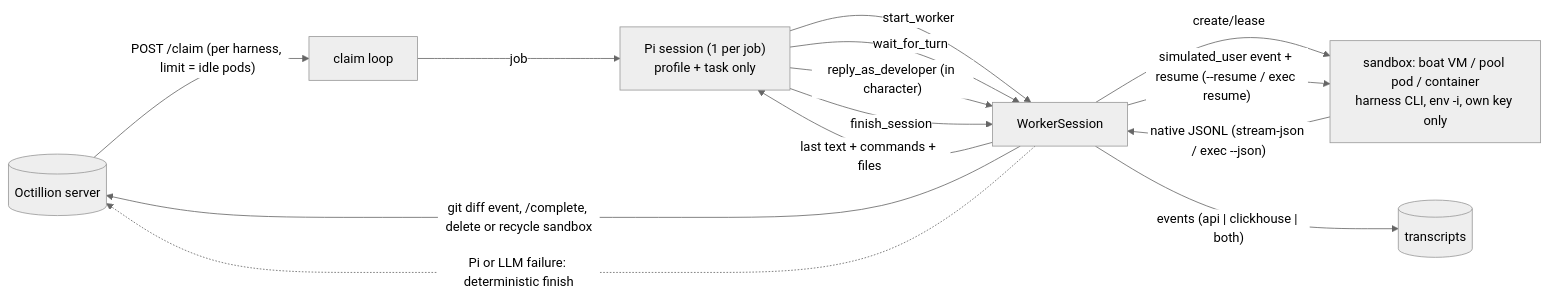
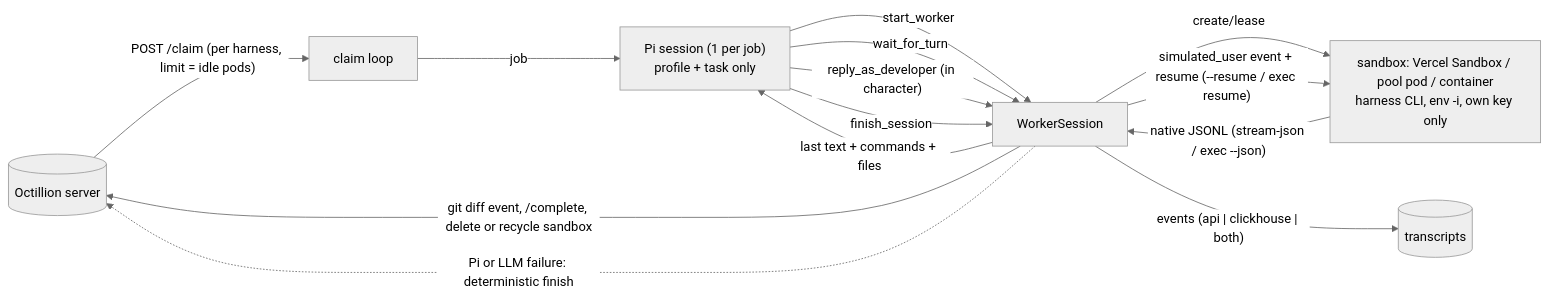
Before and after one commit to never2average/octillion: the diagram in orchestrator/README.md, drawn with Mermaid (neutral theme). The commit also changed other lines of this file and 12 other files, not shown here.

First line of the commit message:
Docs: sandboxes on Vercel Sandbox only; boat.dev retired on 2026-11-01

````diff
--- a/orchestrator/README.md
+++ b/orchestrator/README.md
@@ -203,16 +172,16 @@
 ```mermaid
 flowchart LR
   S[(Octillion server)] -- "POST /claim (per harness, limit = idle pods)" --> L[claim loop]
   L -- job --> P["Pi session (1 per job)<br/>profile + task only"]
   P -- start_worker --> W[WorkerSession]
-  W -- create/lease --> V["sandbox: boat VM / pool pod / container<br/>harness CLI, env -i, own key only"]
+  W -- create/lease --> V["sandbox: Vercel Sandbox / pool pod / container<br/>harness CLI, env -i, own key only"]
   V -- "native JSONL (stream-json / exec --json)" --> W
   P -- wait_for_turn --> W
   W -- "last text + commands + files" --> P
   P -- "reply_as_developer (in character)" --> W
   W -- "simulated_user event + resume (--resume / exec resume)" --> V
   P -- finish_session --> W
   W -- "events (api | clickhouse | both)" --> T[(transcripts)]
   W -- "git diff event, /complete, delete or recycle sandbox" --> S
   W -. "Pi or LLM failure: deterministic finish" .-> S
 ```
````
